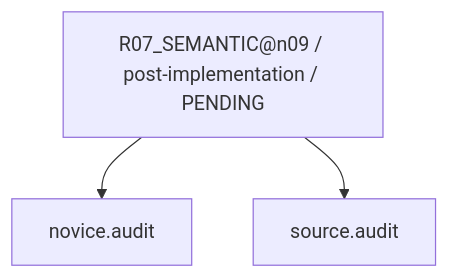
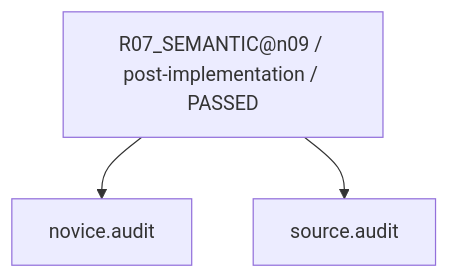
Before and after one commit to rrikunagasige-dot/kyotsu-step-web: the tenth of 30 diagrams in work/items/W-MATH-035-choice-order-factor-audit/generated/CAPABILITY_FIRE_DIAGRAM.md, drawn with Mermaid. The commit also changed other lines of this file and 133 other files, not shown here.

````diff
--- a/work/items/W-MATH-035-choice-order-factor-audit/generated/CAPABILITY_FIRE_DIAGRAM.md
+++ b/work/items/W-MATH-035-choice-order-factor-audit/generated/CAPABILITY_FIRE_DIAGRAM.md
@@ -160,8 +160,8 @@
 ```mermaid
 flowchart TD
-  N0["R07_SEMANTIC@n09 / post-implementation / PENDING"]
+  N0["R07_SEMANTIC@n09 / post-implementation / PASSED"]
   N1["source.audit"]
   N2["novice.audit"]
   N0 --> N2
   N0 --> N1
 ```
````
